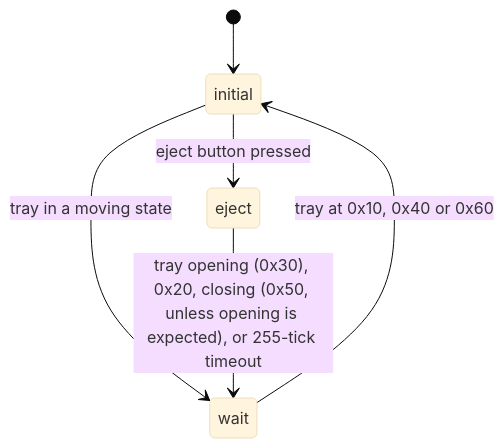
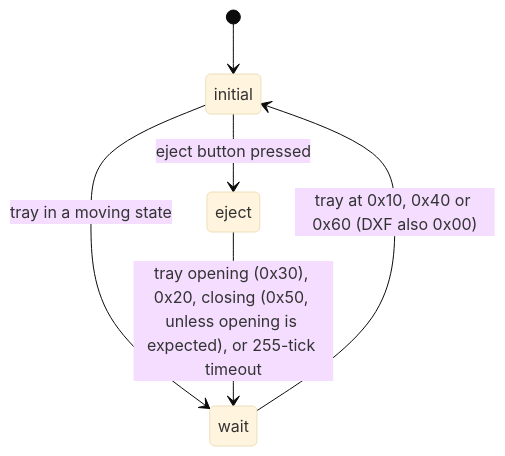
One commit to edlf/xbox_pico_smc changed the fourth of 4 diagrams in docs/state-machines/dvd_tray.md. Above: the diagram before and after it, drawn with Mermaid (base theme). The commit also changed 12 other files, not shown here.

````diff
--- a/docs/state-machines/dvd_tray.md
+++ b/docs/state-machines/dvd_tray.md
@@ -67,8 +67,8 @@
 ```mermaid
 stateDiagram-v2
     [*] --> initial
     initial --> eject: eject button pressed
     initial --> wait: tray in a moving state
-    wait --> initial: tray at 0x10, 0x40 or 0x60
+    wait --> initial: tray at 0x10, 0x40 or 0x60 (DXF also 0x00)
     eject --> wait: tray opening (0x30), 0x20, closing (0x50, unless opening is expected), or 255-tick timeout
 ```
````
